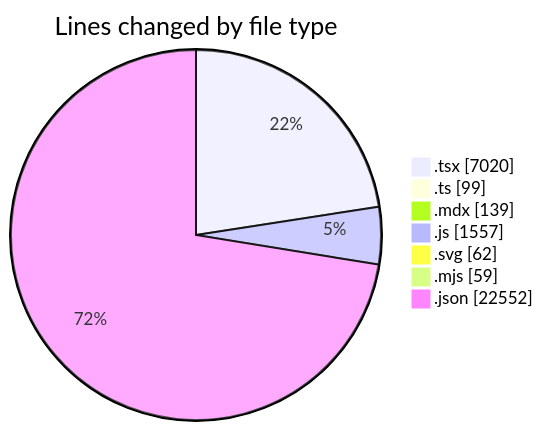
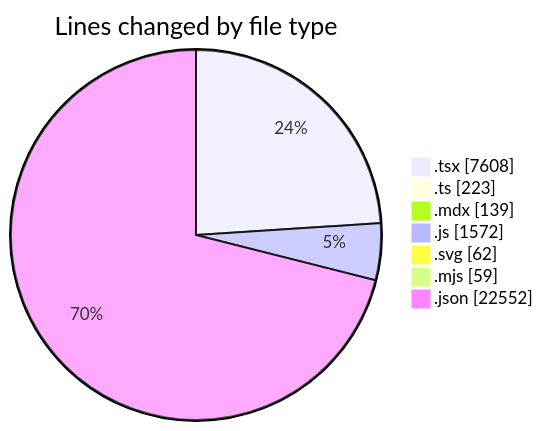
Before and after one commit to Elitesun/code-tracking: the first of 2 diagrams in 2025-05-10/elitesun/README.md, drawn with Mermaid. The commit also changed other lines of this file and 1 other file, not shown here.

````diff
--- a/2025-05-10/elitesun/README.md
+++ b/2025-05-10/elitesun/README.md
@@ -43,11 +45,11 @@
 ```mermaid
 pie showData
 title Lines changed by file type
-".tsx" : 7020
-".ts" : 99
+".tsx" : 7608
+".ts" : 223
 ".mdx" : 139
-".js" : 1557
+".js" : 1572
 ".svg" : 62
 ".mjs" : 59
 ".json" : 22552
 ```
````
